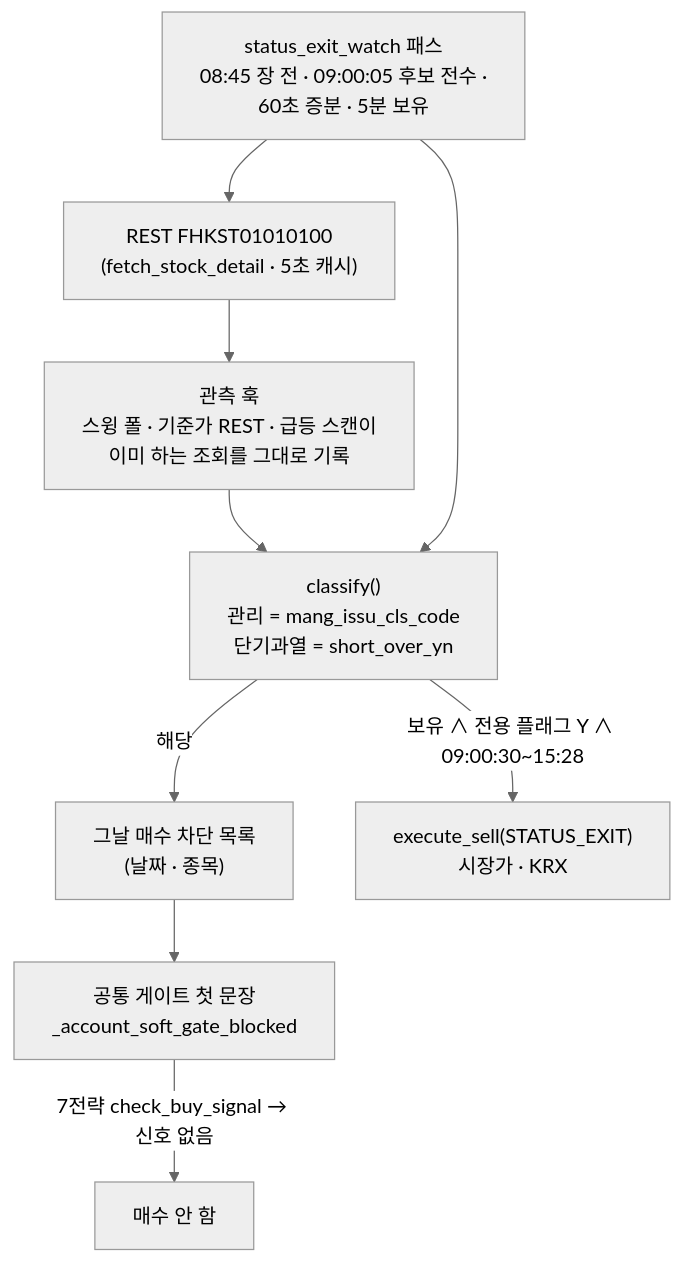
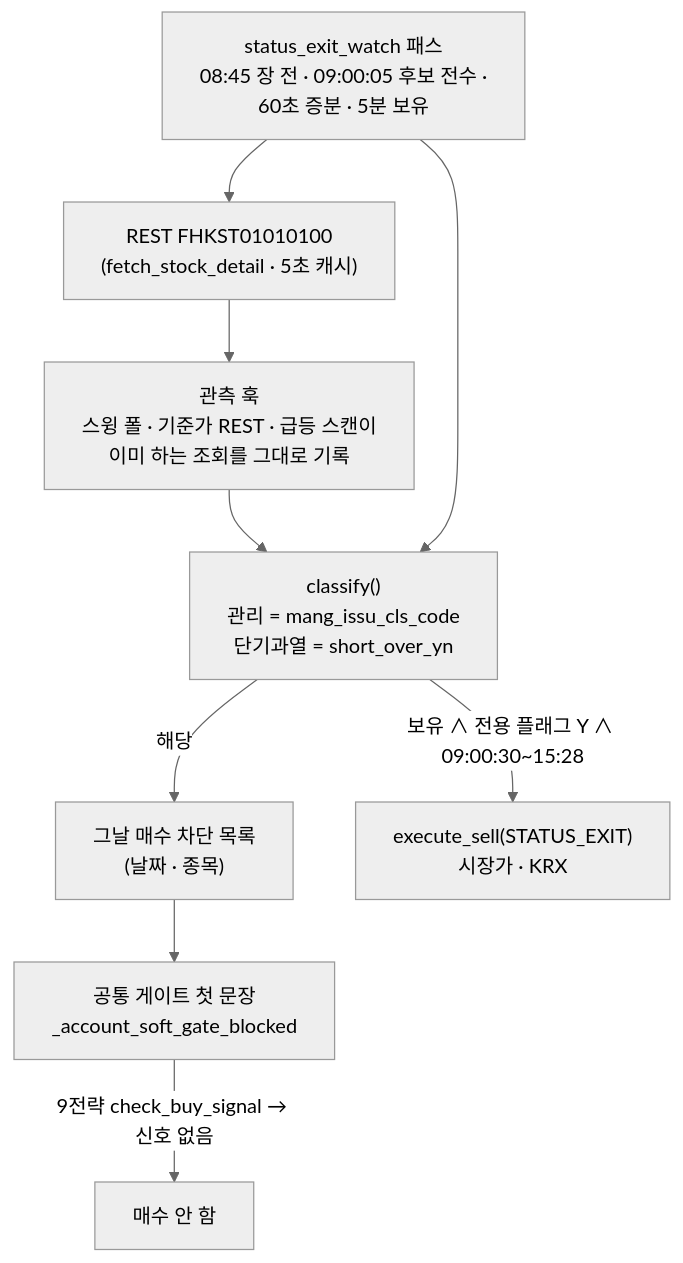
One commit to canduk910/auto_stock changed diagram 19 of 28 in docs/architecture.md. Above: the diagram before and after it, drawn with Mermaid (neutral theme). The commit also changed other lines of this file and 16 other files, not shown here.

````diff
--- a/docs/architecture.md
+++ b/docs/architecture.md
@@ -1352,19 +1401,19 @@
 ```mermaid
 %%{init: {"flowchart": {"wrappingWidth": 360}}}%%
 flowchart TD
     Q["REST FHKST01010100<br/>(fetch_stock_detail · 5초 캐시)"]
     H["관측 훅<br/>스윙 폴 · 기준가 REST · 급등 스캔이<br/>이미 하는 조회를 그대로 기록"]
     P["status_exit_watch 패스<br/>08:45 장 전 · 09:00:05 후보 전수 ·<br/>60초 증분 · 5분 보유"]
     C["classify()<br/>관리 = mang_issu_cls_code<br/>단기과열 = short_over_yn"]
     B["그날 매수 차단 목록<br/>(날짜 · 종목)"]
     G["공통 게이트 첫 문장<br/>_account_soft_gate_blocked"]
     S["execute_sell(STATUS_EXIT)<br/>시장가 · KRX"]
     Q --> H
     P --> Q
     H --> C
     P --> C
     C -->|"해당"| B
     B --> G
-    G -->|"7전략 check_buy_signal → 신호 없음"| X["매수 안 함"]
+    G -->|"9전략 check_buy_signal → 신호 없음"| X["매수 안 함"]
     C -->|"보유 ∧ 전용 플래그 Y ∧ 09:00:30~15:28"| S
 ```
````
